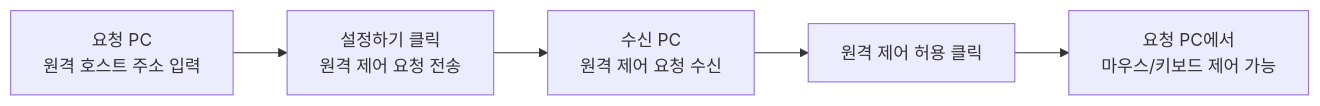
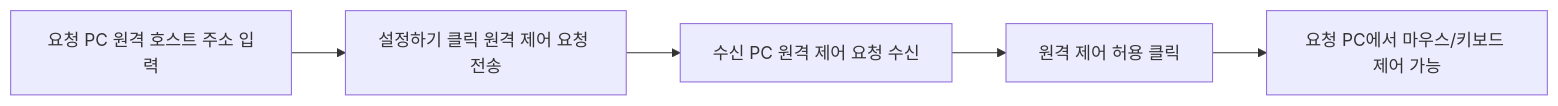
The diagram in README.md (HWANH2E/remote_control_monitor), drawn with Mermaid before and after one commit.

Commit message:
Update flowchart text formatting in README.md

````diff
--- a/README.md
+++ b/README.md
@@ -11,7 +11,7 @@
 ```mermaid
 flowchart LR
-    A[요청 PC\n원격 호스트 주소 입력] --> B[설정하기 클릭\n원격 제어 요청 전송]
-    B --> C[수신 PC\n원격 제어 요청 수신]
+    A[요청 PC 원격 호스트 주소 입력] --> B[설정하기 클릭 원격 제어 요청 전송]
+    B --> C[수신 PC 원격 제어 요청 수신]
     C --> D[원격 제어 허용 클릭]
-    D --> E[요청 PC에서\n마우스/키보드 제어 가능]
+    D --> E[요청 PC에서 마우스/키보드 제어 가능]
 ```
````
